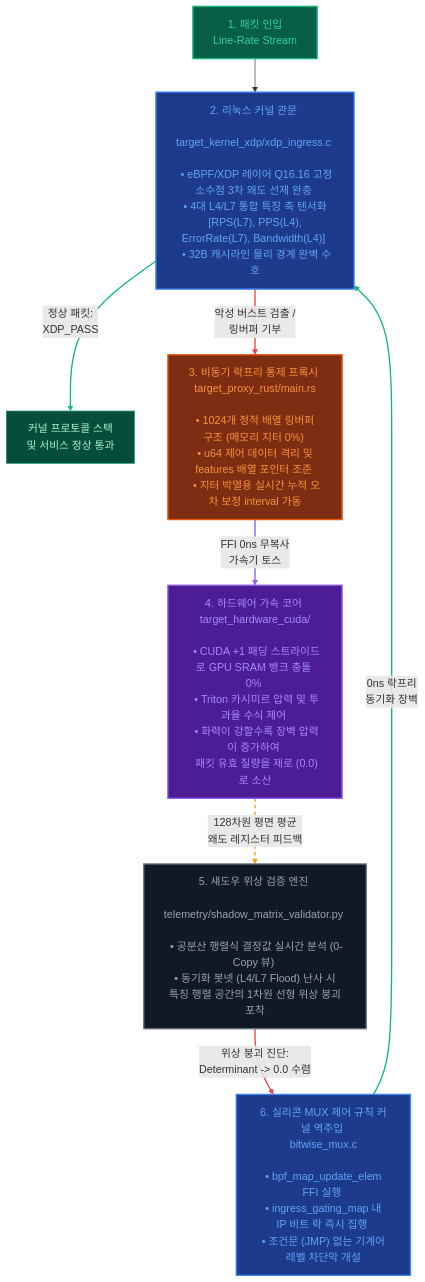
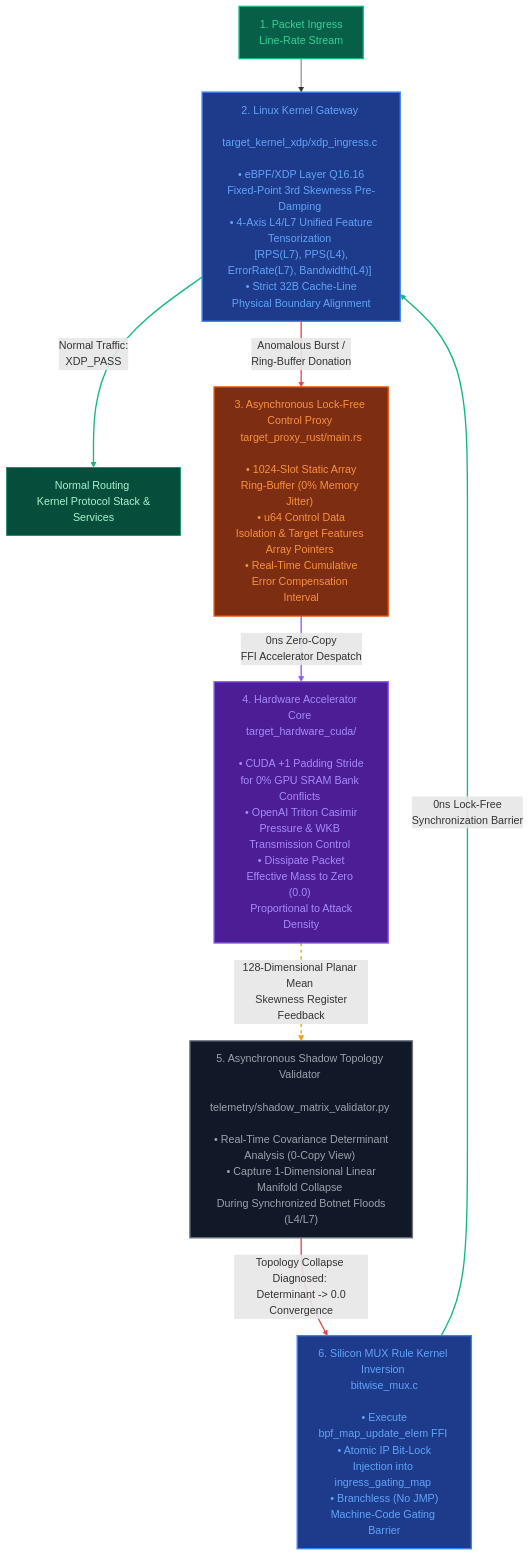
Before and after one commit to PJHkorea/homeostasis-ingress-firewall: the diagram in README.md, drawn with Mermaid. The commit also changed other lines of this file, not shown here.

````diff
--- a/README.md
+++ b/README.md
@@ -45,60 +47,60 @@
 ```mermaid
 graph TD
     %% 스타일 및 테마 정의
     classDef default fill:#1f2937,stroke:#4b5563,stroke-width:1px,color:#f3f4f6;
     classDef ingress fill:#065f46,stroke:#10b981,stroke-width:2px,color:#34d399;
     classDef kernel fill:#1e3a8a,stroke:#3b82f6,stroke-width:2px,color:#60a5fa;
     classDef rust fill:#7c2d12,stroke:#ea580c,stroke-width:2px,color:#fb923c;
     classDef hardware fill:#4c1d95,stroke:#8b5cf6,stroke-width:2px,color:#a78bfa;
     classDef shadow fill:#111827,stroke:#6b7280,stroke-width:2px,color:#9ca3af;
     classDef pass fill:#064e3b,stroke:#059669,stroke-width:1px,color:#a7f3d0;
 
     %% 1. 패킷 인입 및 관문
-    P_IN["1. 패킷 인입 <br> Line-Rate Stream"]
-    KERNEL["2. 리눅스 커널 관문 <br> target_kernel_xdp/xdp_ingress.c <br><br> • eBPF/XDP 레이어 Q16.16 고정소수점 3차 왜도 선제 완충 <br> • 4대 L4/L7 통합 특징 축 텐서화 <br> [RPS(L7), PPS(L4), ErrorRate(L7), Bandwidth(L4)] <br> • 32B 캐시라인 물리 경계 완벽 수호"]
+    P_IN["1. Packet Ingress <br> Line-Rate Stream"]
+    KERNEL["2. Linux Kernel Gateway <br> target_kernel_xdp/xdp_ingress.c <br><br> • eBPF/XDP Layer Q16.16 Fixed-Point 3rd Skewness Pre-Damping <br> • 4-Axis L4/L7 Unified Feature Tensorization <br> [RPS(L7), PPS(L4), ErrorRate(L7), Bandwidth(L4)] <br> • Strict 32B Cache-Line Physical Boundary Alignment"]
 
     P_IN --> KERNEL
 
     %% 2. 조건 분기 처리
-    PASS_ROUTE["커널 프로토콜 스택 <br> 및 서비스 정상 통과"]
-    MUX_INJECT["6. 실리콘 MUX 제어 규칙 커널 역주입 <br> bitwise_mux.c <br><br> • bpf_map_update_elem FFI 실행 <br> • ingress_gating_map 내 IP 비트 락 즉시 집행 <br> • 조건문 (JMP) 없는 기계어 레벨 차단막 개설"]
+    PASS_ROUTE["Normal Routing <br> Kernel Protocol Stack & Services"]
+    MUX_INJECT["6. Silicon MUX Rule Kernel Inversion <br> bitwise_mux.c <br><br> • Execute bpf_map_update_elem FFI <br> • Atomic IP Bit-Lock Injection into ingress_gating_map <br> • Branchless (No JMP) Machine-Code Gating Barrier"]
 
-    KERNEL -->|"정상 패킷: <br> XDP_PASS"| PASS_ROUTE
-    KERNEL -->|"악성 버스트 검출 / <br> 링버퍼 기부"| PROXY
+    KERNEL -->|"Normal Traffic: <br> XDP_PASS"| PASS_ROUTE
+    KERNEL -->|"Anomalous Burst / <br> Ring-Buffer Donation"| PROXY
 
     %% 3. Rust 프록시 레이어
-    PROXY["3. 비동기 락프리 통제 프록시 <br> target_proxy_rust/main.rs <br><br> • 1024개 정적 배열 링버퍼 구조 (메모리 지터 0%) <br> • u64 제어 데이터 격리 및 features 배열 포인터 조준 <br> • 지터 박멸용 실시간 누적 오차 보정 interval 가동"]
+    PROXY["3. Asynchronous Lock-Free Control Proxy <br> target_proxy_rust/main.rs <br><br> • 1024-Slot Static Array Ring-Buffer (0% Memory Jitter) <br> • u64 Control Data Isolation & Target Features Array Pointers <br> • Real-Time Cumulative Error Compensation Interval"]
 
-    PROXY -->|"FFI 0ns 무복사 <br> 가속기 토스"| ACCEL
+    PROXY -->|"0ns Zero-Copy <br> FFI Accelerator Despatch"| ACCEL
 
     %% 4. 하드웨어 가속기 레이어
-    ACCEL["4. 하드웨어 가속 코어 <br> target_hardware_cuda/ <br><br> • CUDA +1 패딩 스트라이드로 GPU SRAM 뱅크 충돌 0% <br> • Triton 카시미르 압력 및 투과율 수식 제어 <br> • 화력이 강할수록 장벽 압력이 증가하여 <br> 패킷 유효 질량을 제로 (0.0)로 소산"]
+    ACCEL["4. Hardware Accelerator Core <br> target_hardware_cuda/ <br><br> • CUDA +1 Padding Stride for 0% GPU SRAM Bank Conflicts <br> • OpenAI Triton Casimir Pressure & WKB Transmission Control <br> • Dissipate Packet Effective Mass to Zero (0.0) <br> Proportional to Attack Density"]
 
-    ACCEL -->|"128차원 평면 평균 <br> 왜도 레지스터 피드백"| SHADOW
+    ACCEL -->|"128-Dimensional Planar Mean <br> Skewness Register Feedback"| SHADOW
 
     %% 5. 섀도우 검증 엔진 레이어
-    SHADOW["5. 섀도우 위상 검증 엔진 <br> telemetry/shadow_matrix_validator.py <br><br> • 공분산 행렬식 결정값 실시간 분석 (0-Copy 뷰) <br> • 동기화 봇넷 (L4/L7 Flood) 난사 시 <br> 특징 행렬 공간의 1차원 선형 위상 붕괴 포착"]
+    SHADOW["5. Asynchronous Shadow Topology Validator <br> telemetry/shadow_matrix_validator.py <br><br> • Real-Time Covariance Determinant Analysis (0-Copy View) <br> • Capture 1-Dimensional Linear Manifold Collapse <br> During Synchronized Botnet Floods (L4/L7)"]
 
     %% 피드백 클로징 루프
-    SHADOW -->|"위상 붕괴 진단: <br> Determinant -> 0.0 수렴"| MUX_INJECT
-    MUX_INJECT -->|"0ns 락프리 <br> 동기화 장벽"| KERNEL
+    SHADOW -->|"Topology Collapse Diagnosed: <br> Determinant -> 0.0 Convergence"| MUX_INJECT
+    MUX_INJECT -->|"0ns Lock-Free <br> Synchronization Barrier"| KERNEL
 
     %% 클래스 지정 구문 별도 분리
     class P_IN ingress;
     class KERNEL kernel;
     class PASS_ROUTE pass;
     class MUX_INJECT kernel;
     class PROXY rust;
     class ACCEL hardware;
     class SHADOW shadow;
 
     %% 간선 스타일 커스텀 (인덱스 정렬 완결)
     linkStyle 1 stroke:#10b981,stroke-width:2px;
     linkStyle 2 stroke:#ef4444,stroke-width:2px;
     linkStyle 3 stroke:#8b5cf6,stroke-width:2px;
     linkStyle 4 stroke:#f59e0b,stroke-width:2px,stroke-dasharray:5;
     linkStyle 5 stroke:#ef4444,stroke-width:2px;
     linkStyle 6 stroke:#10b981,stroke-width:2px;
 
 
 ```
````
